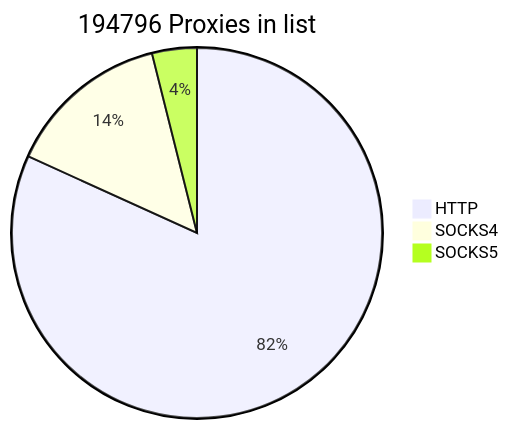
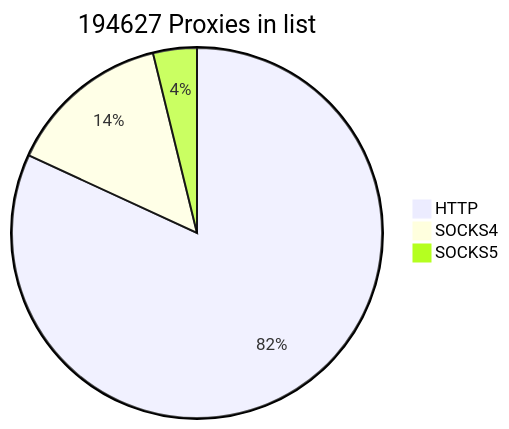
The first of 2 diagrams in README.md (cutipu/proxylist), drawn with Mermaid before and after one commit. The commit also changed other lines of this file, not shown here.

````diff
--- a/README.md
+++ b/README.md
@@ -2,7 +2,7 @@
 ```mermaid
-pie title 194796 Proxies in list
-    "HTTP" : 159322
-    "SOCKS4" : 27852
-    "SOCKS5" : 7622
+pie title 194627 Proxies in list
+    "HTTP" : 159367
+    "SOCKS4" : 27821
+    "SOCKS5" : 7439
             
 ```
````
